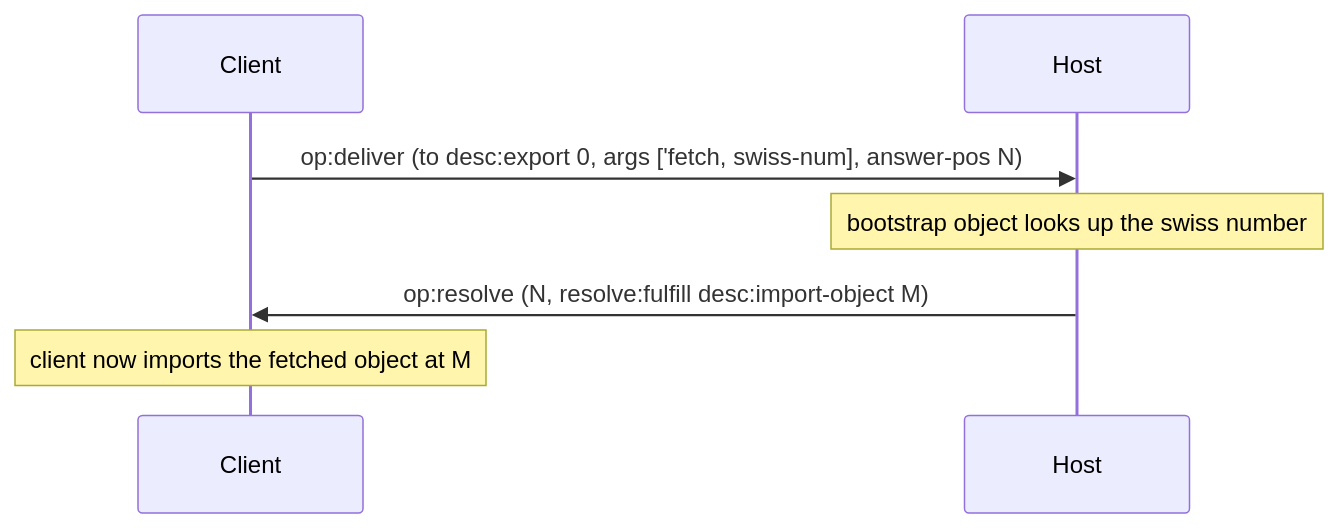
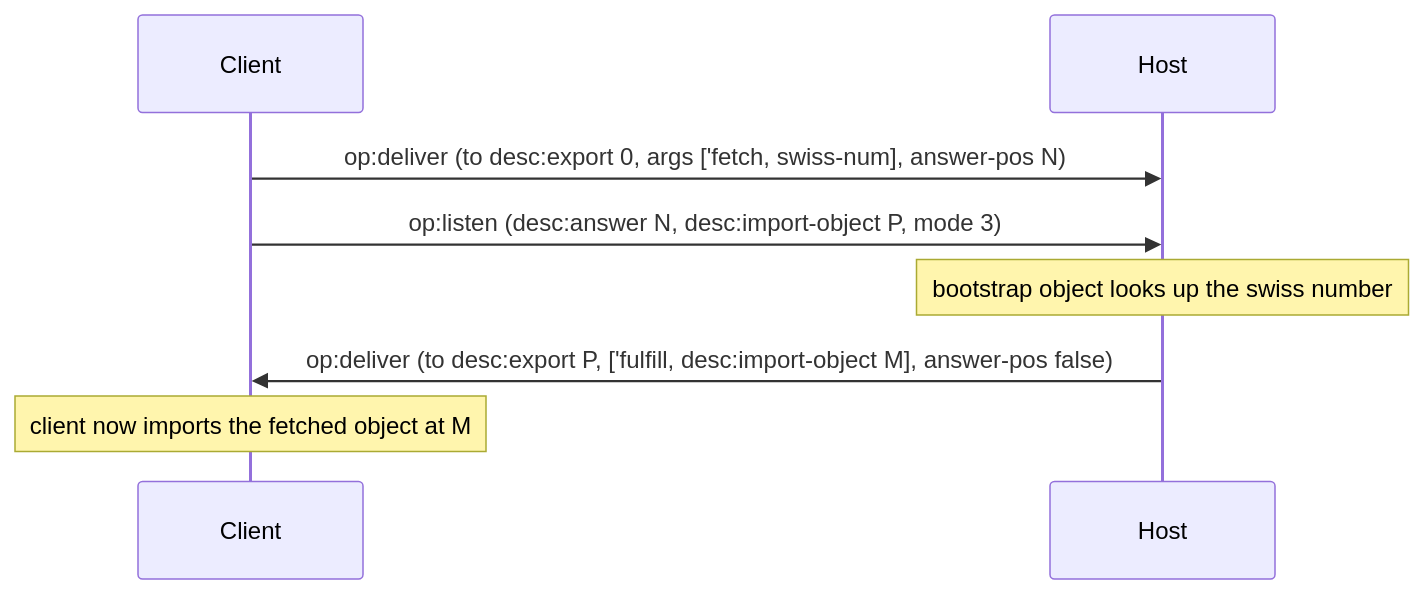
One commit to glowcap-org/glowcap changed the fifth of 7 diagrams in docs/protocol-diagrams/02-deliver-and-resolve.md. Above: the diagram before and after it, drawn with Mermaid. The commit also changed other lines of this file and 920 other files, not shown here.

````diff
--- a/docs/protocol-diagrams/02-deliver-and-resolve.md
+++ b/docs/protocol-diagrams/02-deliver-and-resolve.md
@@ -79,9 +76,10 @@
 ```mermaid
 sequenceDiagram
     participant C as Client
     participant H as Host
     C->>H: op:deliver (to desc:export 0, args ['fetch, swiss-num], answer-pos N)
+    C->>H: op:listen (desc:answer N, desc:import-object P, mode 3)
     Note over H: bootstrap object looks up the swiss number
-    H->>C: op:resolve (N, resolve:fulfill desc:import-object M)
+    H->>C: op:deliver (to desc:export P, ['fulfill, desc:import-object M], answer-pos false)
     Note over C: client now imports the fetched object at M
 ```
````
